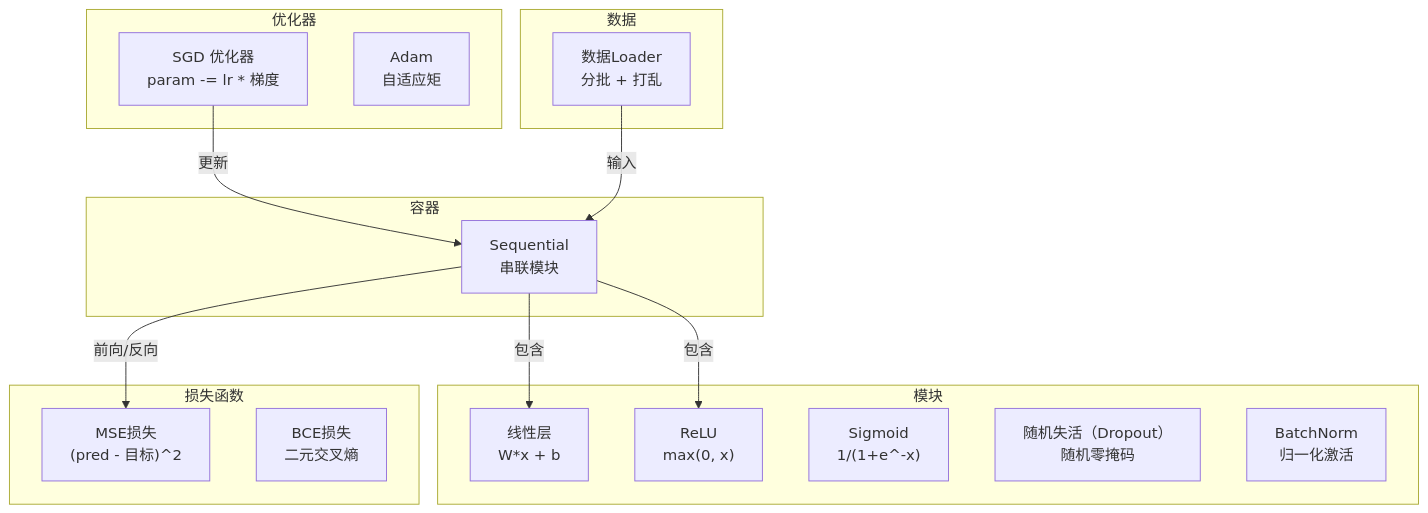
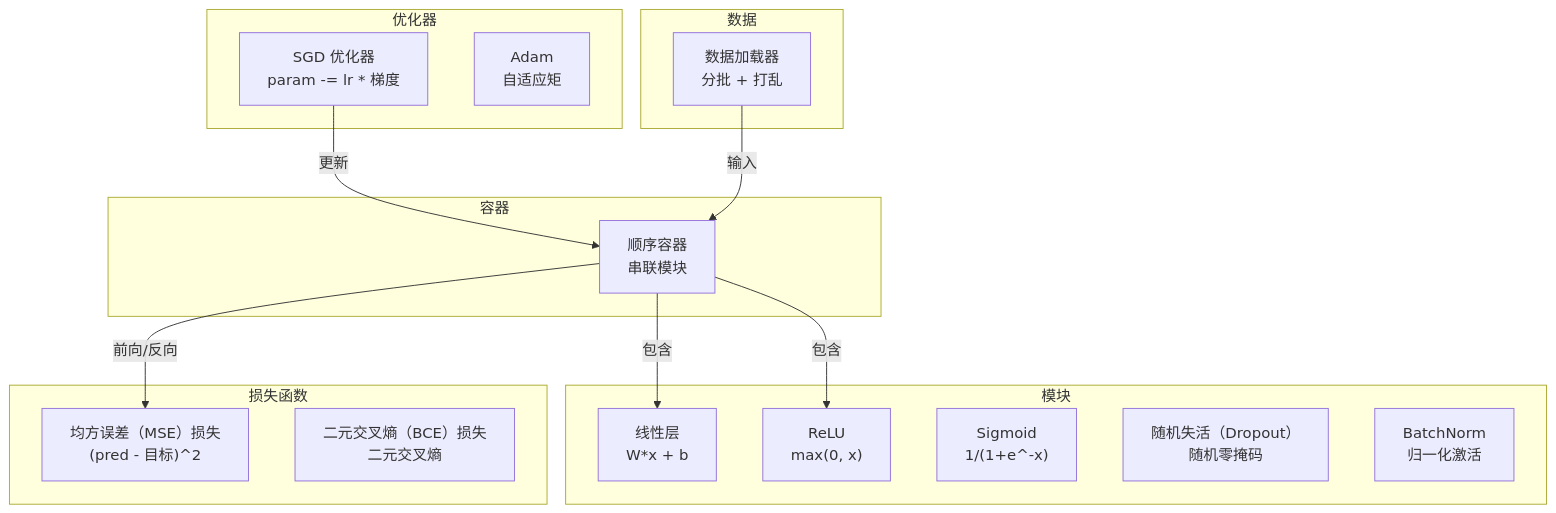
One commit to huangyue12120/Learning-Atlas changed the first of 3 diagrams in content/translations/practice/03-deep-learning-core/10-mini-framework/zh.md. Above: the diagram before and after it, drawn with Mermaid. The commit also changed 24 other files, not shown here.

Commit message:
fix(reader): localize Mermaid in source content

````diff
--- a/content/translations/practice/03-deep-learning-core/10-mini-framework/zh.md
+++ b/content/translations/practice/03-deep-learning-core/10-mini-framework/zh.md
@@ -68,34 +68,34 @@
 ```mermaid
 graph TD
     subgraph "模块"
         Linear["线性层<br/>W*x + b"]
         ReLU["ReLU<br/>max(0, x)"]
         Sigmoid["Sigmoid<br/>1/(1+e^-x)"]
         Dropout["随机失活（Dropout）<br/>随机零掩码"]
         BatchNorm["BatchNorm<br/>归一化激活"]
     end
 
     subgraph "容器"
-        Sequential["Sequential<br/>串联模块"]
+        Sequential["顺序容器<br/>串联模块"]
     end
 
     subgraph "损失函数"
-        MSE["MSE损失<br/>(pred - 目标)^2"]
-        BCE["BCE损失<br/>二元交叉熵"]
+        MSE["均方误差（MSE）损失<br/>(pred - 目标)^2"]
+        BCE["二元交叉熵（BCE）损失<br/>二元交叉熵"]
     end
 
     subgraph "优化器"
         SGD["SGD 优化器<br/>param -= lr * 梯度"]
         Adam["Adam<br/>自适应矩"]
     end
 
     subgraph "数据"
-        DataLoader["数据Loader<br/>分批 + 打乱"]
+        DataLoader["数据加载器<br/>分批 + 打乱"]
     end
 
     Sequential --> |"包含"| Linear
     Sequential --> |"包含"| ReLU
     Sequential --> |"前向/反向"| MSE
     SGD --> |"更新"| Sequential
     DataLoader --> |"输入"| Sequential
 ```
````
